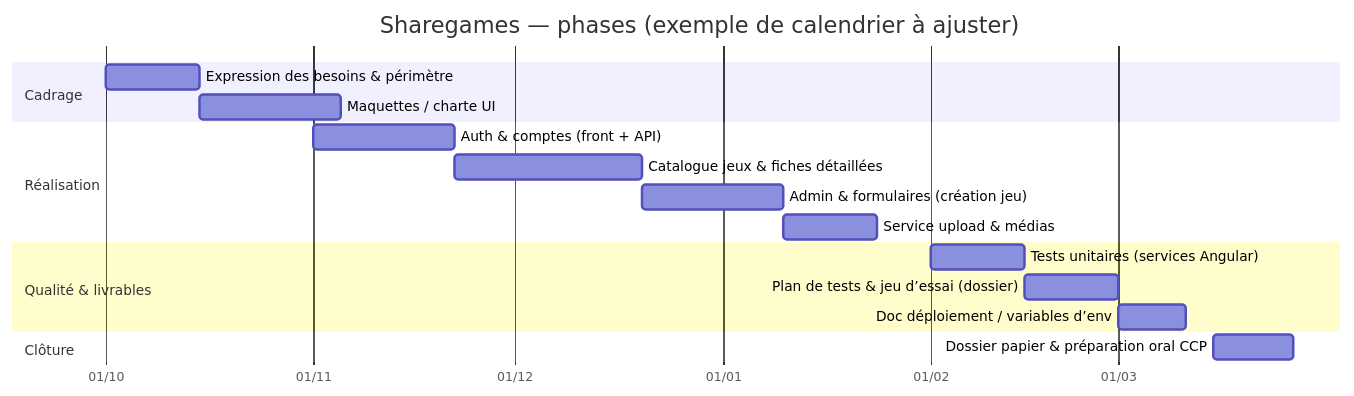
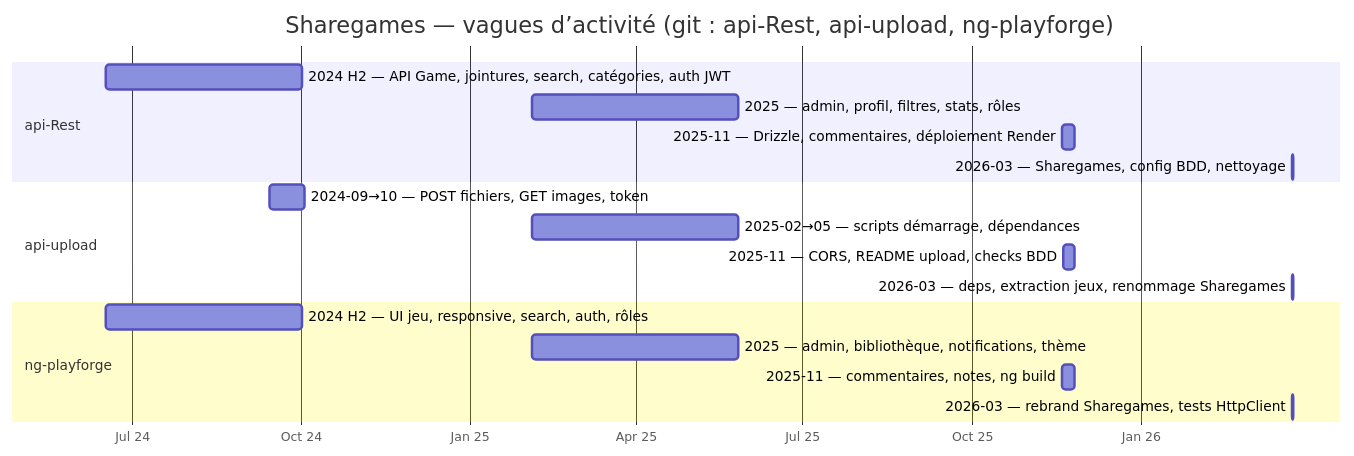
One commit to JameS-Gmz/ng-playforge changed the first of 2 diagrams in GANTT-UML-SHAREGAMES.md. Above: the diagram before and after it, drawn with Mermaid. The commit also changed other lines of this file, not shown here.

Commit message:
Revise Gantt chart to align with Git commit history; update project phases and deliverables overview; enhance clarity of commit frequency and activity waves for `api-Rest`, `api-upload`, and `ng-playforge` repositories.

````diff
--- a/GANTT-UML-SHAREGAMES.md
+++ b/GANTT-UML-SHAREGAMES.md
@@ -13,24 +33,24 @@
 ```mermaid
 gantt
-    title Sharegames — phases (exemple de calendrier à ajuster)
+    title Sharegames — vagues d’activité (git : api-Rest, api-upload, ng-playforge)
     dateFormat  YYYY-MM-DD
-    axisFormat  %d/%m
+    axisFormat  %b %y
 
-    section Cadrage
-    Expression des besoins & périmètre     :a1, 2025-10-01, 14d
-    Maquettes / charte UI                  :a2, after a1, 21d
+    section api-Rest
+    2024 H2 — API Game, jointures, search, catégories, auth JWT   :rest_a, 2024-06-17, 107d
+    2025 — admin, profil, filtres, stats, rôles                     :rest_b, 2025-02-04, 112d
+    2025-11 — Drizzle, commentaires, déploiement Render             :rest_c, 2025-11-19, 7d
+    2026-03 — Sharegames, config BDD, nettoyage                     :rest_d, 2026-03-24, 1d
 
-    section Réalisation
-    Auth & comptes (front + API)           :b1, 2025-11-01, 21d
-    Catalogue jeux & fiches détaillées       :b2, after b1, 28d
-    Admin & formulaires (création jeu)     :b3, after b2, 21d
-    Service upload & médias                :b4, after b3, 14d
+    section api-upload
+    2024-09→10 — POST fichiers, GET images, token                  :up_a, 2024-09-14, 19d
+    2025-02→05 — scripts démarrage, dépendances                     :up_b, 2025-02-04, 112d
+    2025-11 — CORS, README upload, checks BDD                       :up_c, 2025-11-20, 6d
+    2026-03 — deps, extraction jeux, renommage Sharegames           :up_d, 2026-03-24, 1d
 
-    section Qualité & livrables
-    Tests unitaires (services Angular)     :c1, 2026-02-01, 14d
-    Plan de tests & jeu d’essai (dossier)  :c2, after c1, 14d
-    Doc déploiement / variables d’env      :c3, after c2, 10d
-
-    section Clôture
-    Dossier papier & préparation oral CCP   :d1, 2026-03-15, 12d
+    section ng-playforge
+    2024 H2 — UI jeu, responsive, search, auth, rôles               :ng_a, 2024-06-17, 107d
+    2025 — admin, bibliothèque, notifications, thème               :ng_b, 2025-02-04, 112d
+    2025-11 — commentaires, notes, ng build                         :ng_c, 2025-11-19, 7d
+    2026-03 — rebrand Sharegames, tests HttpClient                  :ng_d, 2026-03-24, 1d
 ```
````
